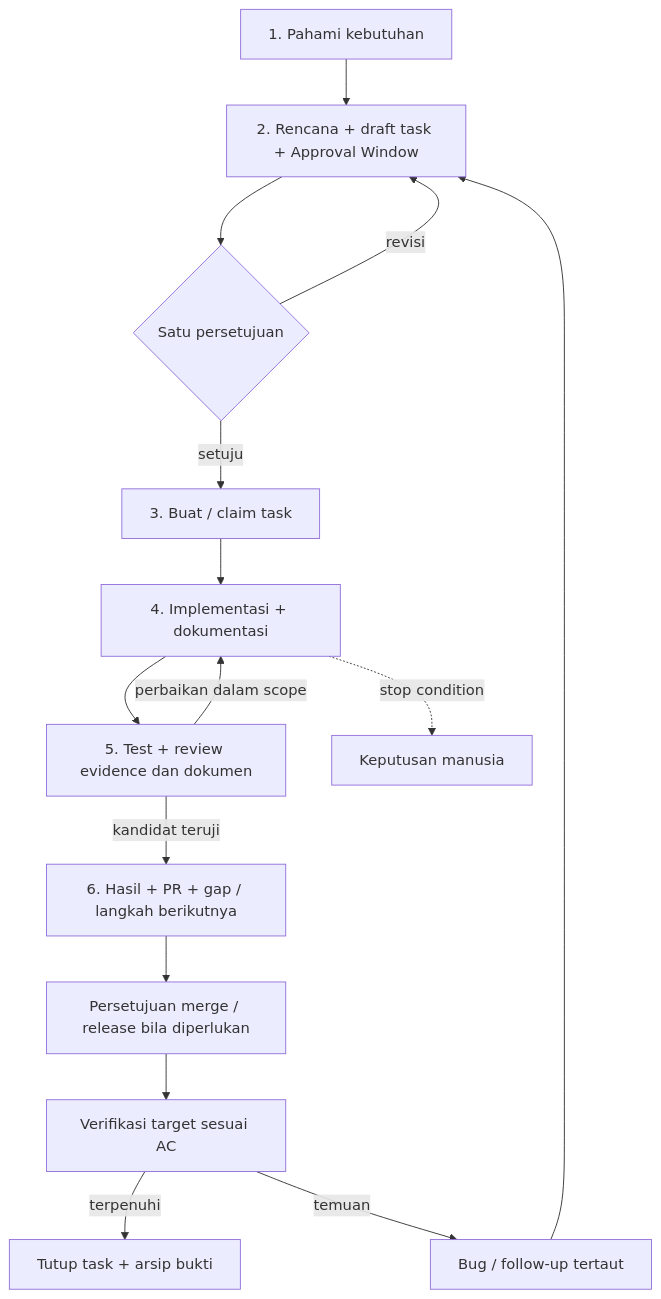
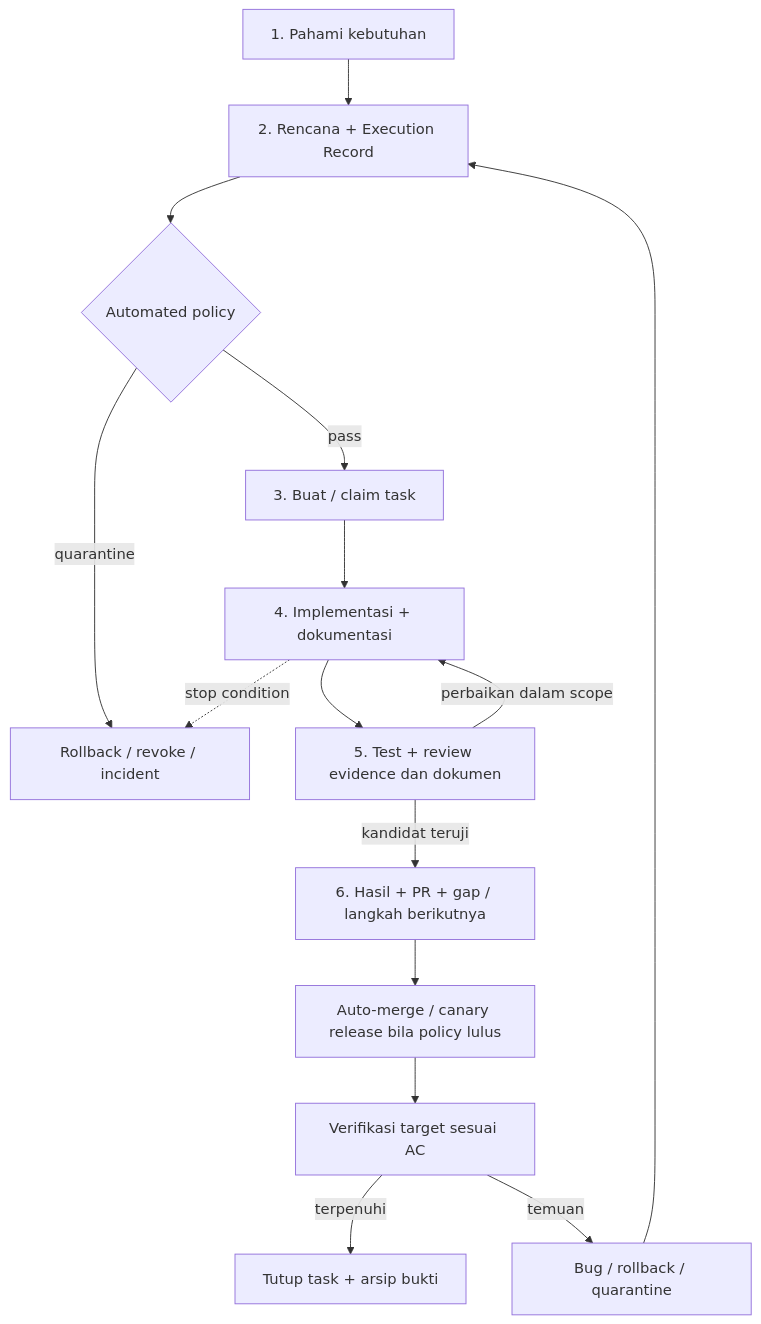
Before and after one commit to oneilreyand/qlickhub: the second of 5 diagrams in docs/4_AGENT_DEV_GUIDELINES.md, drawn with Mermaid. The commit also changed other lines of this file and 20 other files, not shown here.

````diff
--- a/docs/4_AGENT_DEV_GUIDELINES.md
+++ b/docs/4_AGENT_DEV_GUIDELINES.md
@@ -97,17 +99,17 @@
 ```mermaid
 flowchart TD
-    Understand["1. Pahami kebutuhan"] --> Plan["2. Rencana + draft task + Approval Window"]
-    Plan --> Approval{"Satu persetujuan"}
-    Approval -->|revisi| Plan
-    Approval -->|setuju| Task["3. Buat / claim task"]
+    Understand["1. Pahami kebutuhan"] --> Plan["2. Rencana + Execution Record"]
+    Plan --> Policy{"Automated policy"}
+    Policy -->|quarantine| Recover["Rollback / revoke / incident"]
+    Policy -->|pass| Task["3. Buat / claim task"]
     Task --> Execute["4. Implementasi + dokumentasi"]
     Execute --> Verify["5. Test + review evidence dan dokumen"]
     Verify -->|perbaikan dalam scope| Execute
     Verify -->|kandidat teruji| Result["6. Hasil + PR + gap / langkah berikutnya"]
-    Execute -.->|stop condition| Decision["Keputusan manusia"]
-    Result --> Release["Persetujuan merge / release bila diperlukan"]
+    Execute -.->|stop condition| Recover
+    Result --> Release["Auto-merge / canary release bila policy lulus"]
     Release --> Target["Verifikasi target sesuai AC"]
     Target -->|terpenuhi| Close["Tutup task + arsip bukti"]
-    Target -->|temuan| Followup["Bug / follow-up tertaut"]
+    Target -->|temuan| Followup["Bug / rollback / quarantine"]
     Followup --> Plan
 ```
````
